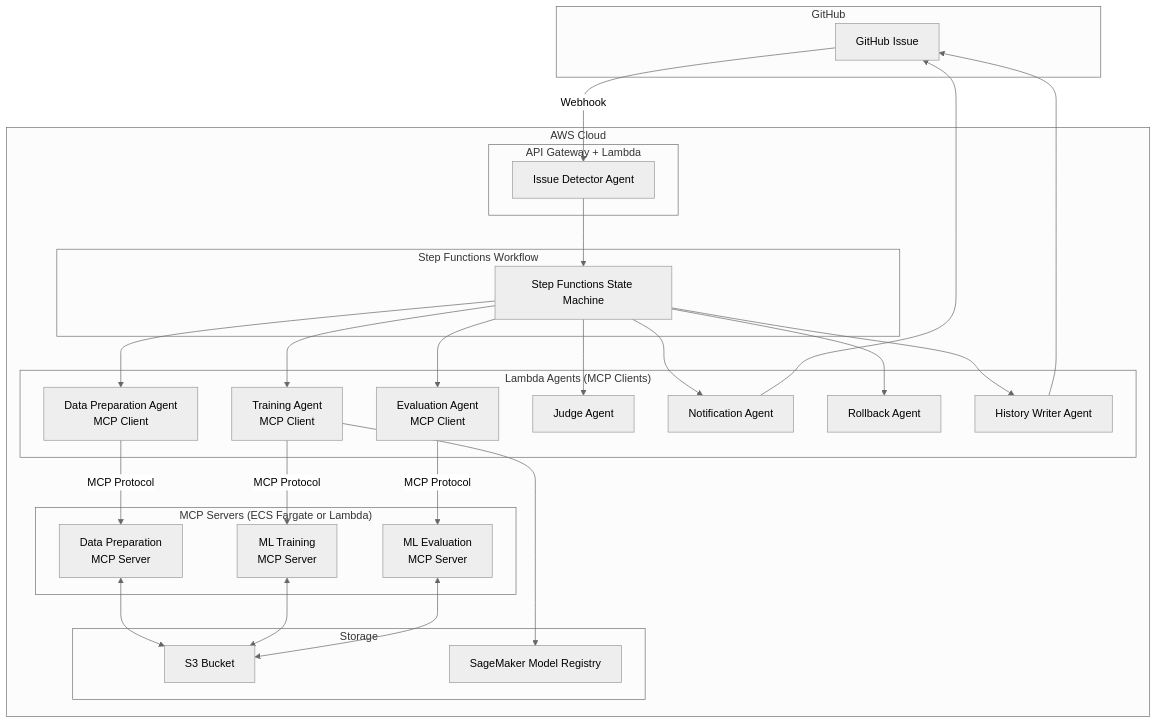
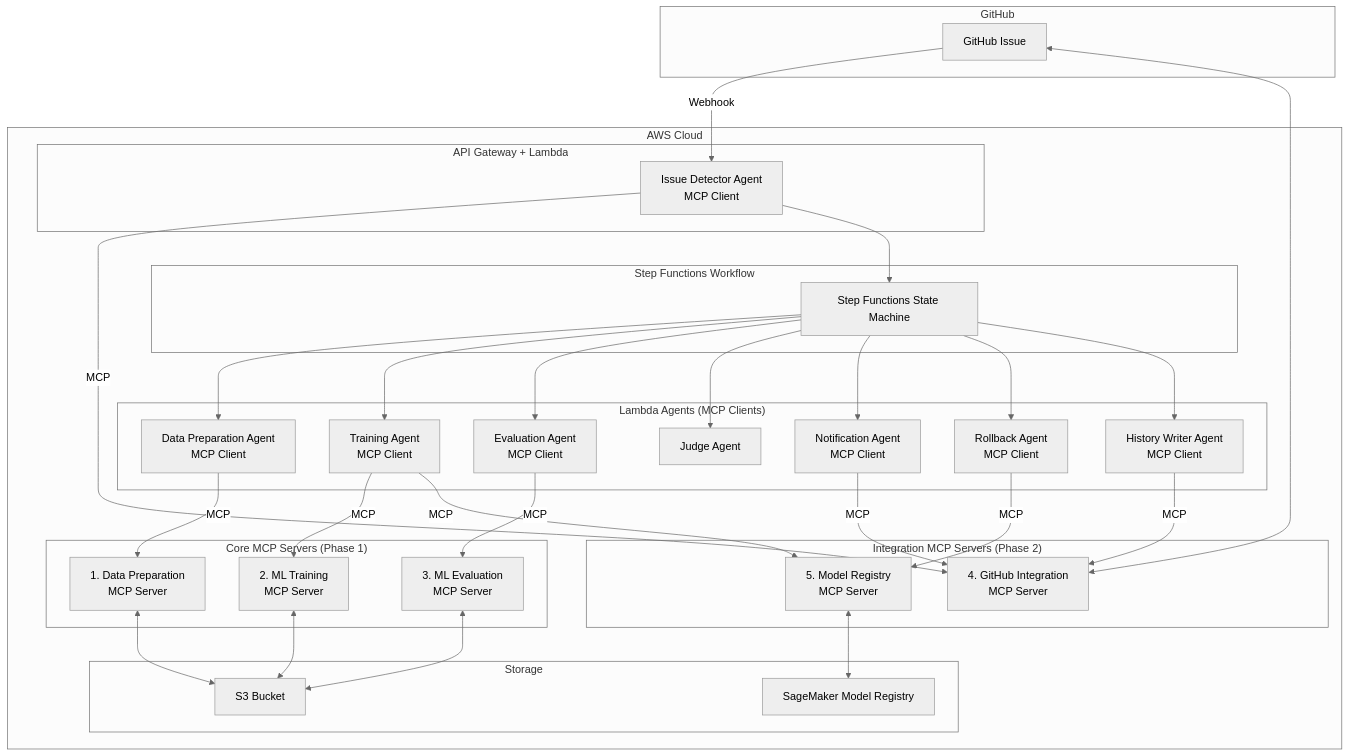
The first of 2 diagrams in mcp_design.md (Hi3369/MLOps), drawn with Mermaid (neutral theme) before and after one commit. The commit also changed other lines of this file and 23 other files, not shown here.

First line of the commit message:
Extend MCP design to 5 core MCP servers (80% coverage)

````diff
--- a/mcp_design.md
+++ b/mcp_design.md
@@ -97,59 +200,68 @@
 ```mermaid
 graph TB
     subgraph "GitHub"
         GH_ISSUE[GitHub Issue]
     end
 
     subgraph "AWS Cloud"
         subgraph "API Gateway + Lambda"
-            ISSUE_DETECTOR[Issue Detector Agent]
+            ISSUE_DETECTOR[Issue Detector Agent<br/>MCP Client]
         end
 
         subgraph "Step Functions Workflow"
             SF[Step Functions State Machine]
         end
 
         subgraph "Lambda Agents (MCP Clients)"
             DATA_PREP[Data Preparation Agent<br/>MCP Client]
             TRAINING[Training Agent<br/>MCP Client]
             EVALUATION[Evaluation Agent<br/>MCP Client]
             JUDGE[Judge Agent]
-            NOTIFICATION[Notification Agent]
-            ROLLBACK[Rollback Agent]
-            HISTORY[History Writer Agent]
+            NOTIFICATION[Notification Agent<br/>MCP Client]
+            ROLLBACK[Rollback Agent<br/>MCP Client]
+            HISTORY[History Writer Agent<br/>MCP Client]
         end
 
-        subgraph "MCP Servers (ECS Fargate or Lambda)"
-            MCP_DATA[Data Preparation<br/>MCP Server]
-            MCP_TRAIN[ML Training<br/>MCP Server]
-            MCP_EVAL[ML Evaluation<br/>MCP Server]
+        subgraph "Core MCP Servers (Phase 1)"
+            MCP_DATA[1. Data Preparation<br/>MCP Server]
+            MCP_TRAIN[2. ML Training<br/>MCP Server]
+            MCP_EVAL[3. ML Evaluation<br/>MCP Server]
+        end
+
+        subgraph "Integration MCP Servers (Phase 2)"
+            MCP_GITHUB[4. GitHub Integration<br/>MCP Server]
+            MCP_REGISTRY[5. Model Registry<br/>MCP Server]
         end
 
         subgraph "Storage"
             S3[S3 Bucket]
-            REGISTRY[SageMaker Model Registry]
+            SAGEMAKER_REGISTRY[SageMaker Model Registry]
         end
     end
 
     GH_ISSUE -->|Webhook| ISSUE_DETECTOR
+    ISSUE_DETECTOR -->|MCP| MCP_GITHUB
     ISSUE_DETECTOR --> SF
+
     SF --> DATA_PREP
     SF --> TRAINING
     SF --> EVALUATION
     SF --> JUDGE
     SF --> NOTIFICATION
     SF --> ROLLBACK
     SF --> HISTORY
 
-    DATA_PREP -->|MCP Protocol| MCP_DATA
-    TRAINING -->|MCP Protocol| MCP_TRAIN
-    EVALUATION -->|MCP Protocol| MCP_EVAL
+    DATA_PREP -->|MCP| MCP_DATA
+    TRAINING -->|MCP| MCP_TRAIN
+    TRAINING -->|MCP| MCP_REGISTRY
+    EVALUATION -->|MCP| MCP_EVAL
+    NOTIFICATION -->|MCP| MCP_GITHUB
+    ROLLBACK -->|MCP| MCP_REGISTRY
+    HISTORY -->|MCP| MCP_GITHUB
 
     MCP_DATA <--> S3
     MCP_TRAIN <--> S3
     MCP_EVAL <--> S3
-    TRAINING --> REGISTRY
-
-    HISTORY --> GH_ISSUE
-    NOTIFICATION --> GH_ISSUE
+    MCP_REGISTRY <--> SAGEMAKER_REGISTRY
+    MCP_GITHUB <--> GH_ISSUE
 ```
````
